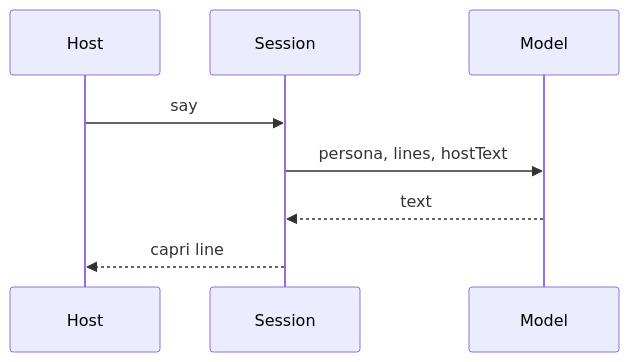
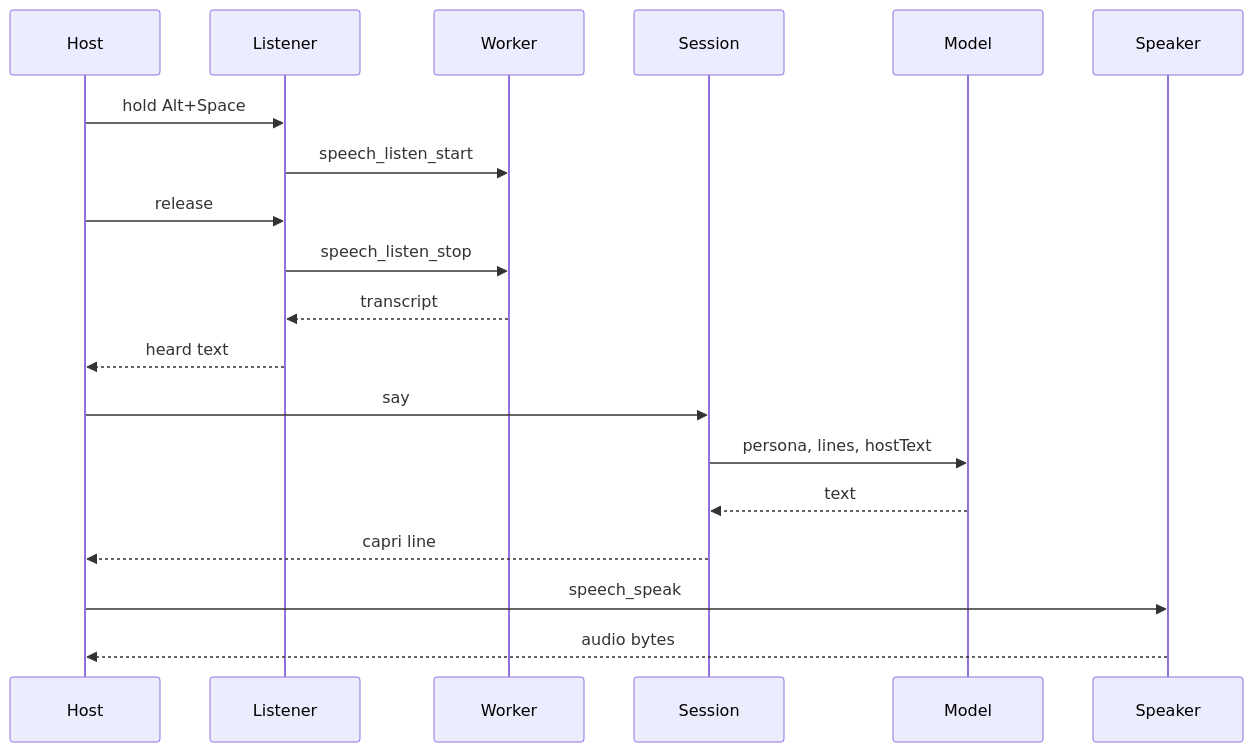
One commit to ItsYuma/Caprice changed the second of 2 diagrams in docs/architecture.md. Above: the diagram before and after it, drawn with Mermaid. The commit also changed other lines of this file and 16 other files, not shown here.

First line of the commit message:
Hold to talk through the shell speech worker.

````diff
--- a/docs/architecture.md
+++ b/docs/architecture.md
@@ -33,10 +34,21 @@
 ```mermaid
 sequenceDiagram
   participant Host
+  participant Listener
+  participant Worker
   participant Session
   participant Model
+  participant Speaker
+  Host->>Listener: hold Alt+Space
+  Listener->>Worker: speech_listen_start
+  Host->>Listener: release
+  Listener->>Worker: speech_listen_stop
+  Worker-->>Listener: transcript
+  Listener-->>Host: heard text
   Host->>Session: say
   Session->>Model: persona, lines, hostText
   Model-->>Session: text
   Session-->>Host: capri line
+  Host->>Speaker: speech_speak
+  Speaker-->>Host: audio bytes
 ```
````
